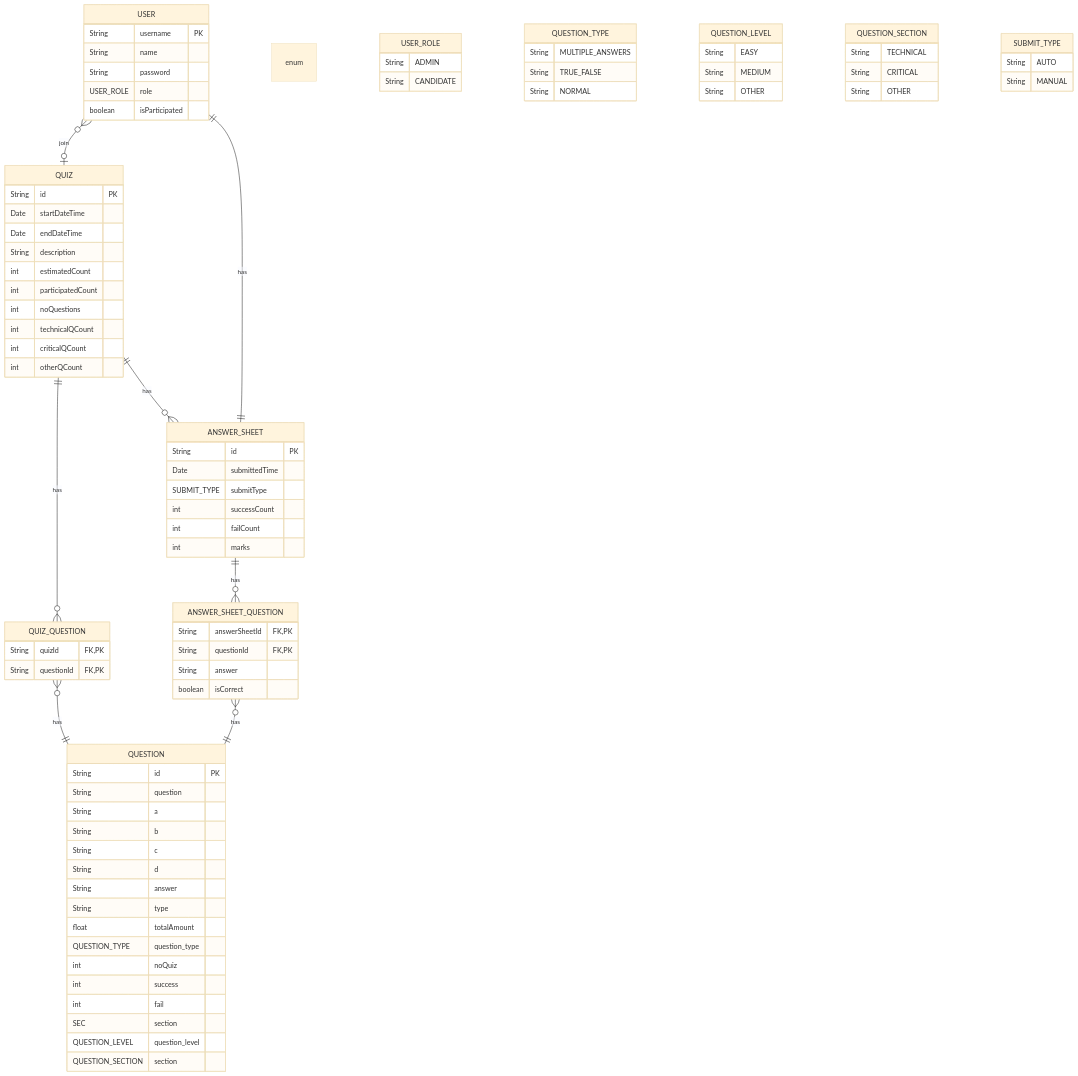
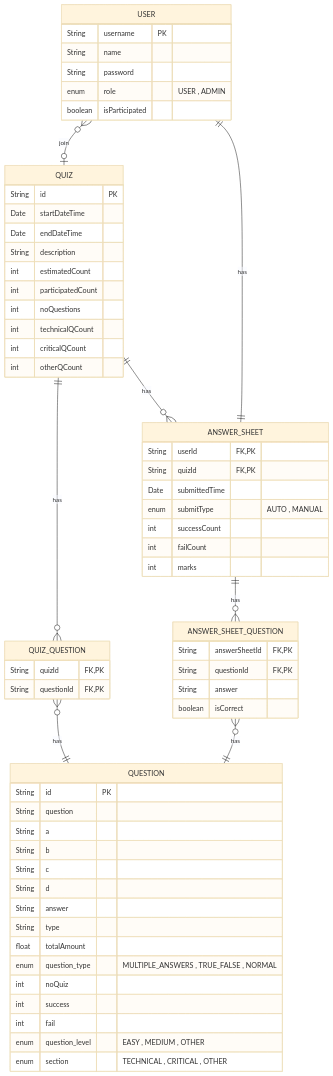
Before and after one commit to DasunMadawa/Intelleon-Intern-project: the diagram in er_diagram.md, drawn with Mermaid (base theme). The commit also changed other lines of this file, not shown here.

```diff
--- a/er_diagram.md
+++ b/er_diagram.md
@@ -5,7 +5,7 @@
         String username PK
         String name
         String password
-        USER_ROLE role
+        enum role "USER , ADMIN"
         boolean isParticipated
 
     }
@@ -40,20 +40,20 @@
         String answer
         String type
         float totalAmount
-        QUESTION_TYPE question_type
+        enum question_type "MULTIPLE_ANSWERS , TRUE_FALSE , NORMAL"
         int noQuiz
         int success
         int fail
-        SEC section
-        QUESTION_LEVEL question_level
-        QUESTION_SECTION section
+        enum question_level "EASY , MEDIUM , OTHER"
+        enum section "TECHNICAL , CRITICAL , OTHER"
 
     }
 
     ANSWER_SHEET {
-        String id PK
+        String userId FK , PK
+        String quizId FK , PK
         Date submittedTime
-        SUBMIT_TYPE submitType
+        enum submitType "AUTO , MANUAL"
         int successCount
         int failCount
         int marks
@@ -68,41 +68,7 @@
 
     }
 
-    enum USER_ROLE {
-        String ADMIN
-        String CANDIDATE
-
-    }
-
-    enum QUESTION_TYPE {
-        String MULTIPLE_ANSWERS
-        String TRUE_FALSE
-        String NORMAL
-
-    }
     
-    enum QUESTION_LEVEL {
-        String EASY
-        String MEDIUM
-        String OTHER
-
-    }
-    
-    enum QUESTION_SECTION {
-        String TECHNICAL
-        String CRITICAL
-        String OTHER
-
-    }
-
-
-    enum SUBMIT_TYPE {
-        String AUTO
-        String MANUAL
-
-    }
-
-
 USER }o--o| QUIZ : join
 QUIZ ||--o{ QUIZ_QUESTION : has
 QUIZ_QUESTION }o--|| QUESTION : has
```
